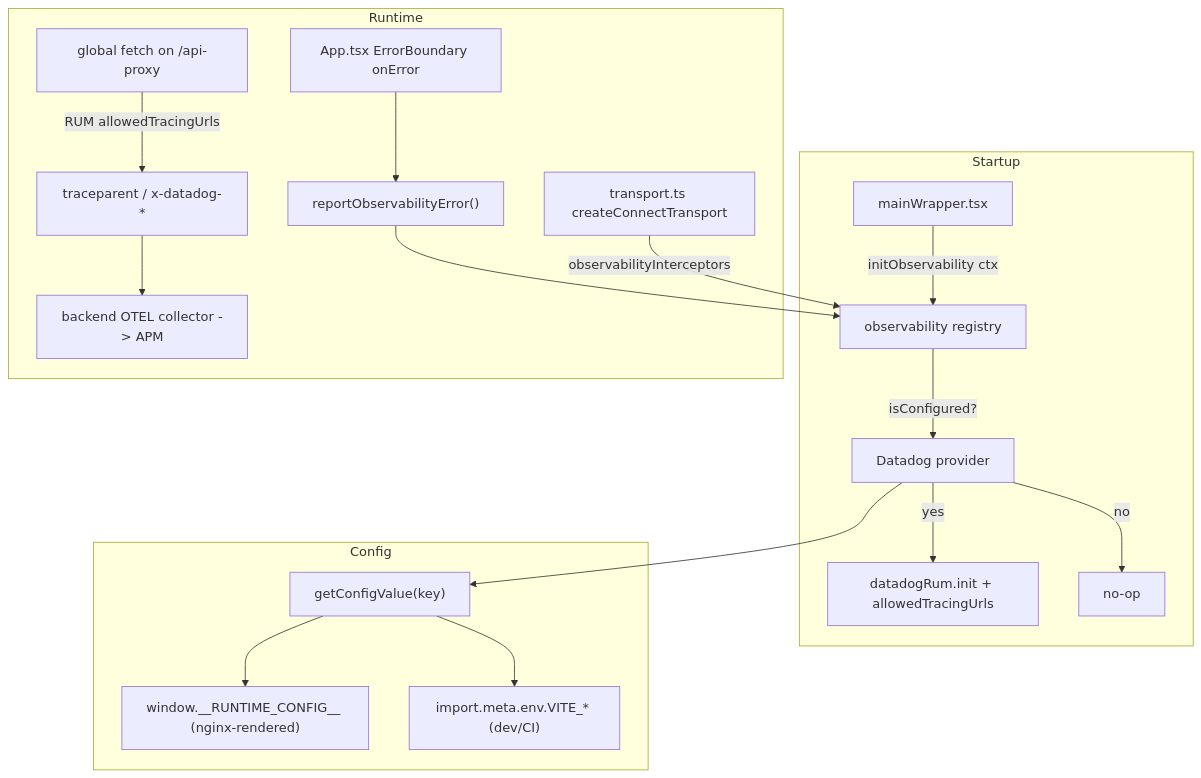
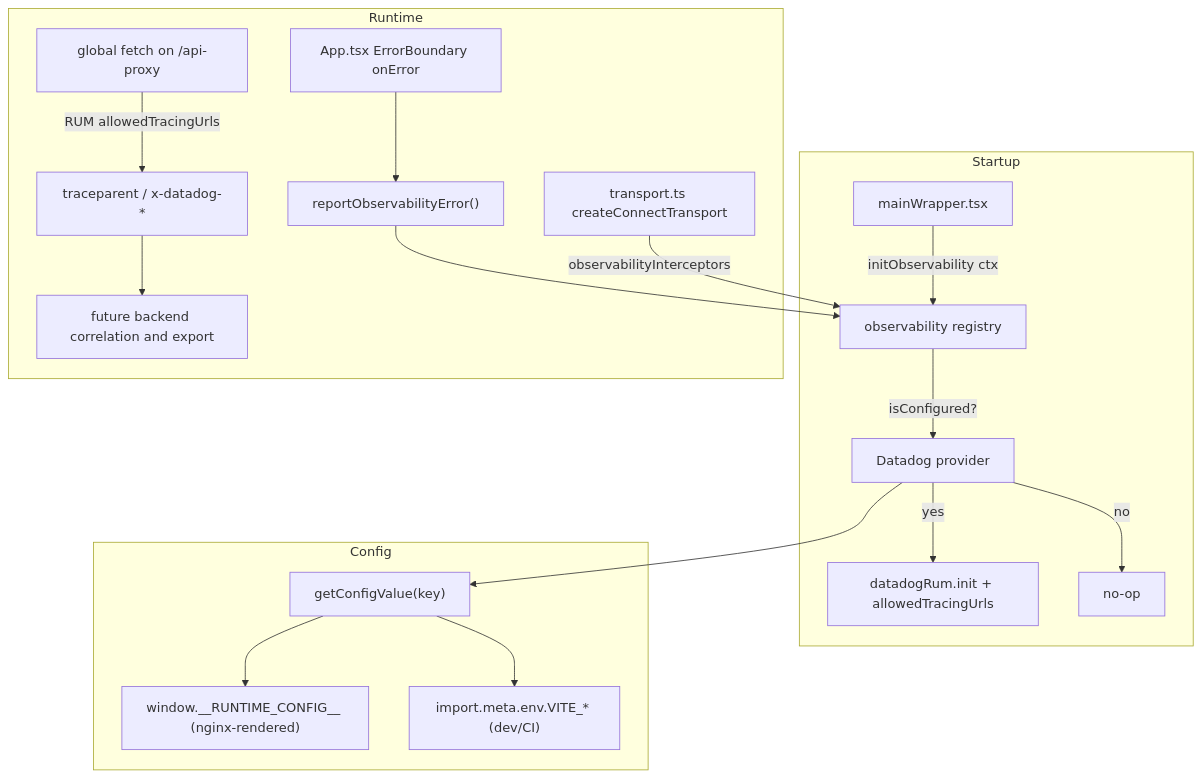
The diagram in docs/plans/2026-07-11-001-feat-client-observability-datadog-rum-plan.md (block/proto-fleet), drawn with Mermaid before and after one commit. The commit also changed other lines of this file and 1 other file, not shown here.

````diff
--- a/docs/plans/2026-07-11-001-feat-client-observability-datadog-rum-plan.md
+++ b/docs/plans/2026-07-11-001-feat-client-observability-datadog-rum-plan.md
@@ -140,20 +140,20 @@
 ```mermaid
 flowchart TD
   subgraph Startup
     MW[mainWrapper.tsx] -->|initObservability ctx| REG[observability registry]
     REG -->|isConfigured?| DD[Datadog provider]
     DD -->|yes| RUMINIT[datadogRum.init + allowedTracingUrls]
     DD -->|no| NOOP[no-op]
   end
   subgraph Config
     RTC["getConfigValue(key)"] --> WIN["window.__RUNTIME_CONFIG__ (nginx-rendered)"]
     RTC --> VITE["import.meta.env.VITE_* (dev/CI)"]
     DD --> RTC
   end
   subgraph Runtime
     APP[App.tsx ErrorBoundary onError] --> RE["reportObservabilityError()"] --> REG
     TR[transport.ts createConnectTransport] -->|observabilityInterceptors| REG
     FETCH[global fetch on /api-proxy] -->|RUM allowedTracingUrls| TRACE[traceparent / x-datadog-*]
-    TRACE --> BE[backend OTEL collector -> APM]
+    TRACE --> FUTURE[future backend correlation and export]
   end
 ```
````
